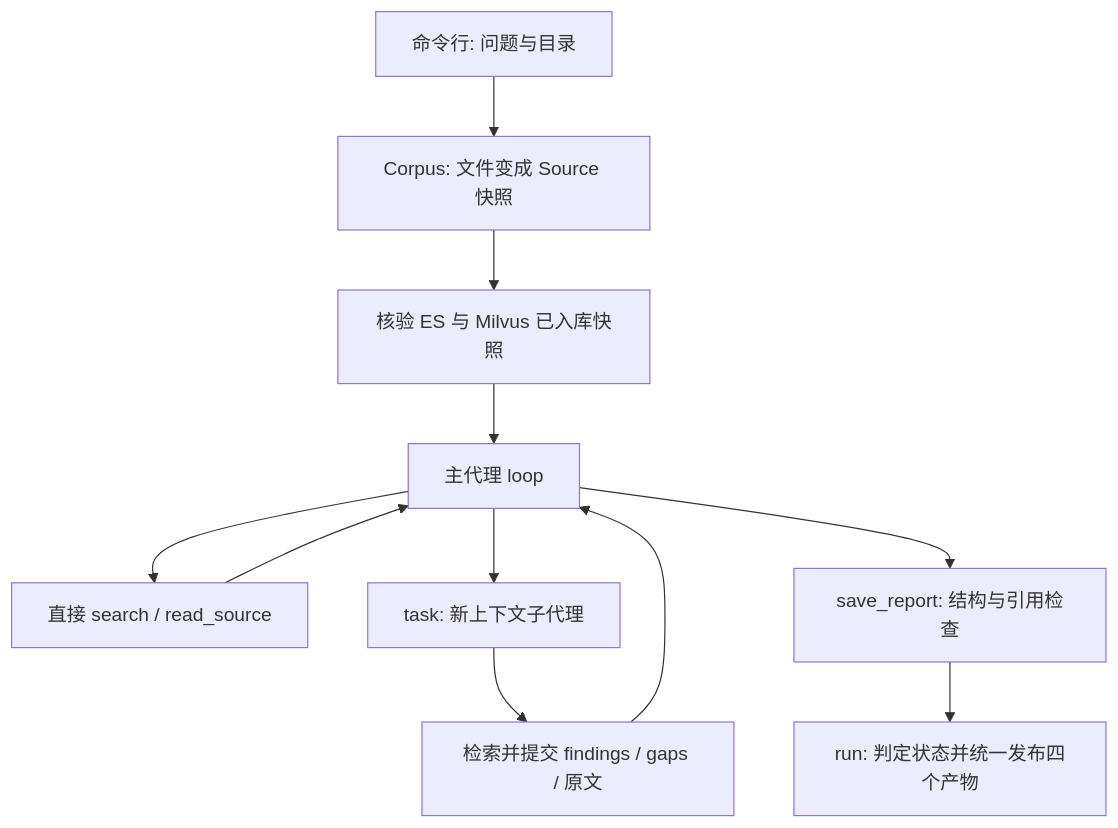
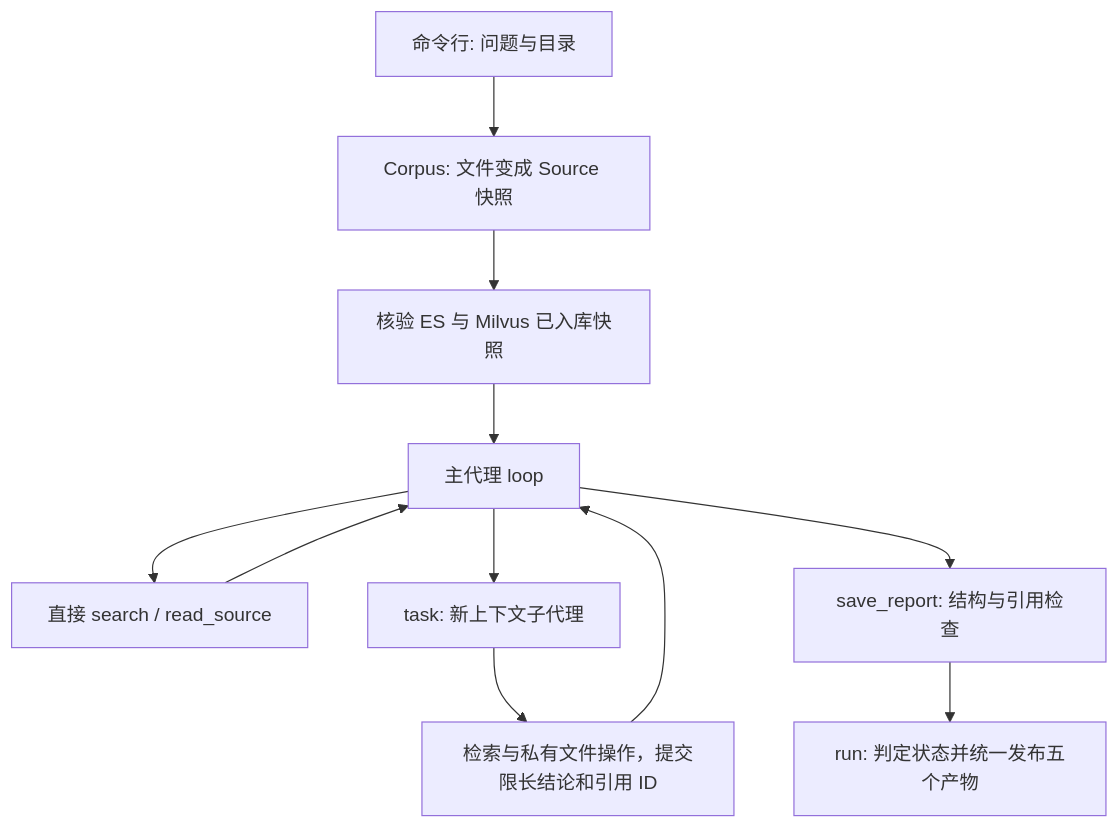
Before and after one commit to Drb-code-ing/docresearch-agent: the diagram in docs/PROJECT_UNDERSTANDING.md, drawn with Mermaid. The commit also changed other lines of this file and 5 other files, not shown here.

````diff
--- a/docs/PROJECT_UNDERSTANDING.md
+++ b/docs/PROJECT_UNDERSTANDING.md
@@ -463,13 +496,13 @@
 ```mermaid
 flowchart TD
     A[命令行: 问题与目录] --> B[Corpus: 文件变成 Source 快照]
     B --> C[核验 ES 与 Milvus 已入库快照]
     C --> D[主代理 loop]
     D --> E[直接 search / read_source]
     D --> F[task: 新上下文子代理]
-    F --> G[检索并提交 findings / gaps / 原文]
+    F --> G[检索与私有文件操作，提交限长结论和引用 ID]
     E --> D
     G --> D
     D --> H[save_report: 结构与引用检查]
-    H --> I[run: 判定状态并统一发布四个产物]
+    H --> I[run: 判定状态并统一发布五个产物]
 ```
````
